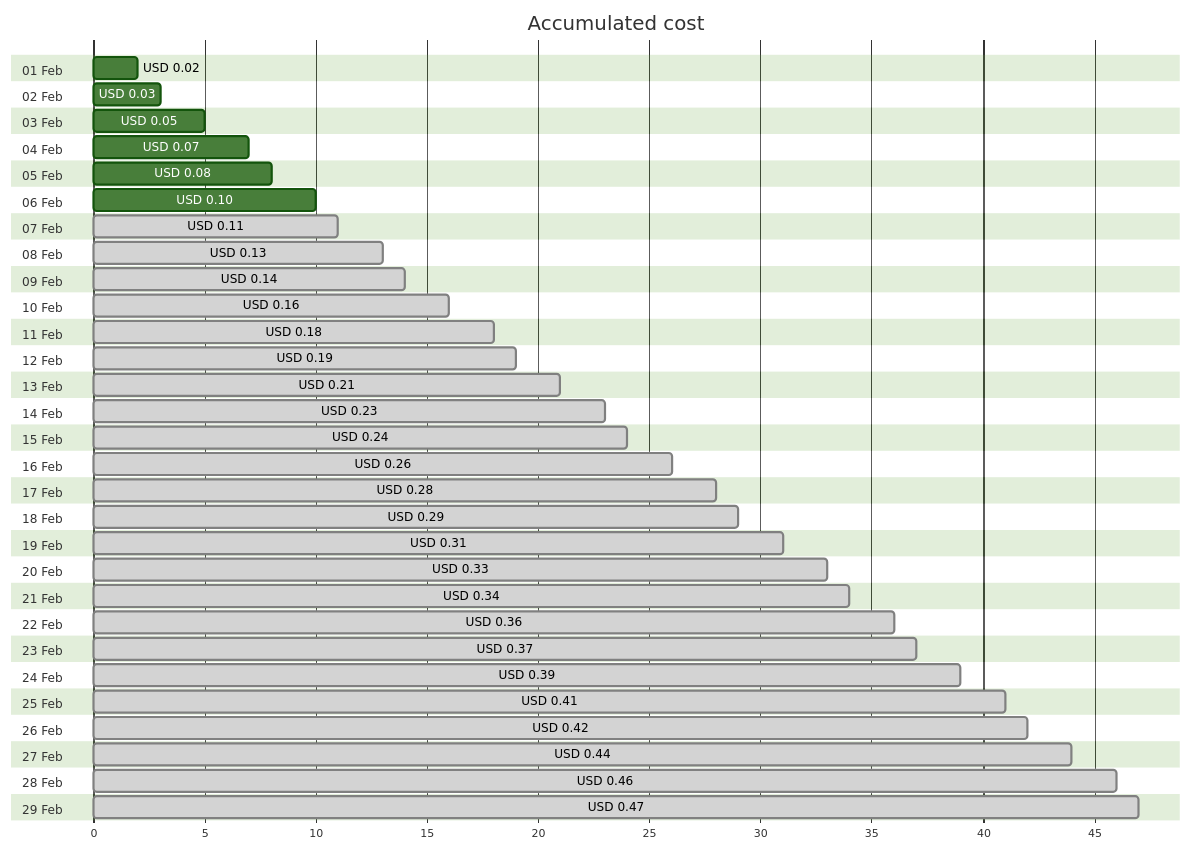
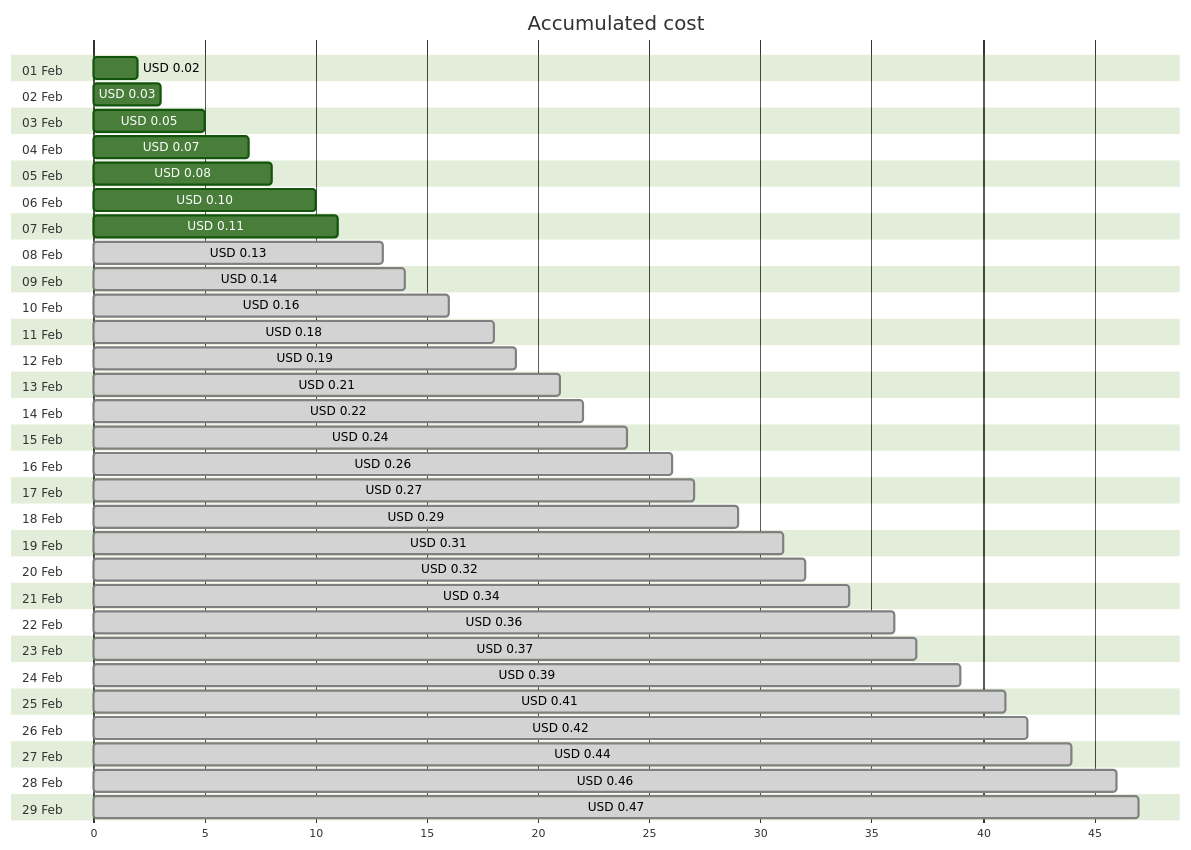
One commit to jpfulton/azure-personal-reports changed the first of 4 diagrams in cost-reports/personal-dns/jpatrickfulton.dev.md. Above: the diagram before and after it, drawn with Mermaid (forest theme). The commit also changed other lines of this file and 1 other file, not shown here.

````diff
--- a/cost-reports/personal-dns/jpatrickfulton.dev.md
+++ b/cost-reports/personal-dns/jpatrickfulton.dev.md
@@ -20,64 +20,64 @@
 ```mermaid
 gantt
    title Accumulated cost
    dateFormat  X
    axisFormat %s
    section 01 Feb
    USD 0.02 :0, 2
    section 02 Feb
    USD 0.03 :0, 3
    section 03 Feb
    USD 0.05 :0, 5
    section 04 Feb
    USD 0.07 :0, 7
    section 05 Feb
    USD 0.08 :0, 8
    section 06 Feb
    USD 0.10 :0, 10
    section 07 Feb
-   USD 0.11 : done, 0, 11
+   USD 0.11 :0, 11
    section 08 Feb
    USD 0.13 : done, 0, 13
    section 09 Feb
    USD 0.14 : done, 0, 14
    section 10 Feb
    USD 0.16 : done, 0, 16
    section 11 Feb
    USD 0.18 : done, 0, 18
    section 12 Feb
    USD 0.19 : done, 0, 19
    section 13 Feb
    USD 0.21 : done, 0, 21
    section 14 Feb
-   USD 0.23 : done, 0, 23
+   USD 0.22 : done, 0, 22
    section 15 Feb
    USD 0.24 : done, 0, 24
    section 16 Feb
    USD 0.26 : done, 0, 26
    section 17 Feb
-   USD 0.28 : done, 0, 28
+   USD 0.27 : done, 0, 27
    section 18 Feb
    USD 0.29 : done, 0, 29
    section 19 Feb
    USD 0.31 : done, 0, 31
    section 20 Feb
-   USD 0.33 : done, 0, 33
+   USD 0.32 : done, 0, 32
    section 21 Feb
    USD 0.34 : done, 0, 34
    section 22 Feb
    USD 0.36 : done, 0, 36
    section 23 Feb
    USD 0.37 : done, 0, 37
    section 24 Feb
    USD 0.39 : done, 0, 39
    section 25 Feb
    USD 0.41 : done, 0, 41
    section 26 Feb
    USD 0.42 : done, 0, 42
    section 27 Feb
    USD 0.44 : done, 0, 44
    section 28 Feb
    USD 0.46 : done, 0, 46
    section 29 Feb
    USD 0.47 : done, 0, 47
 ```
````
